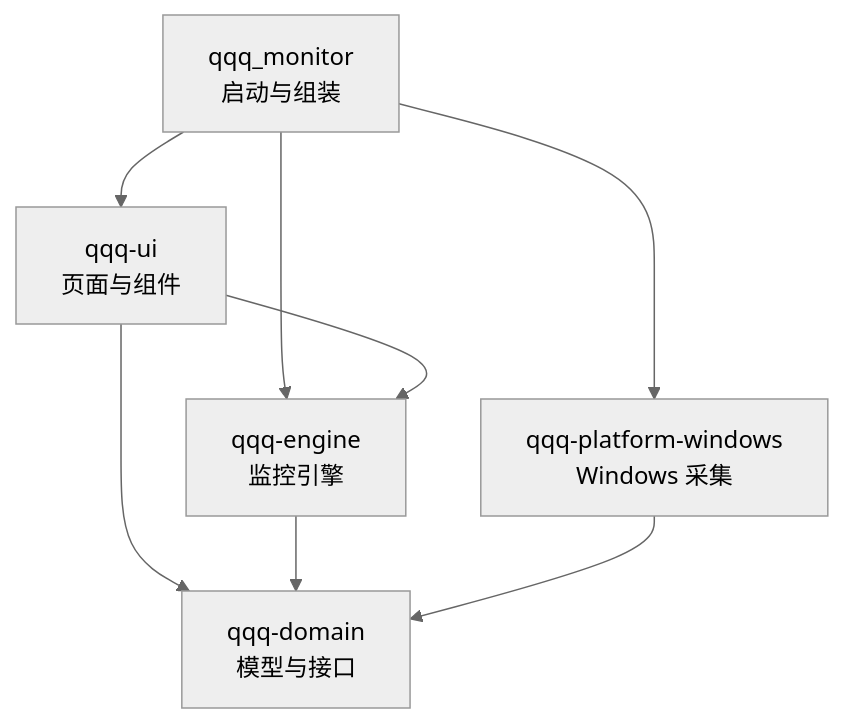
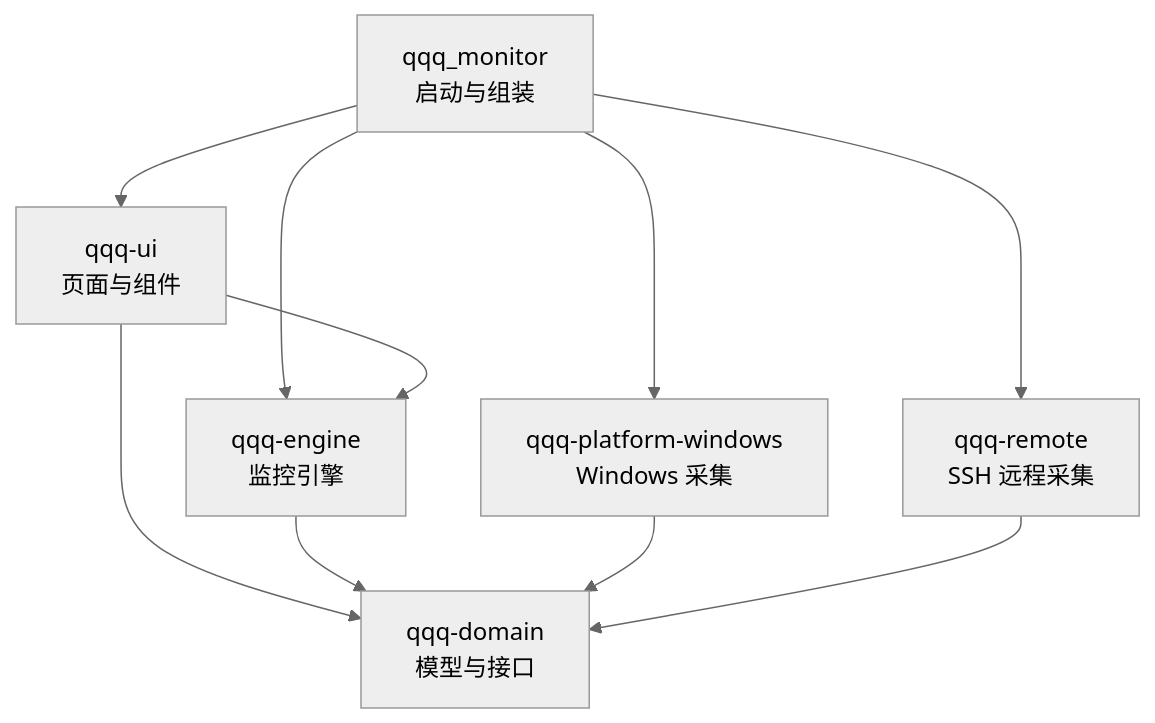
The first of 2 diagrams in README.zh-CN.md (lengyc-Code/qqq_monitor), drawn with Mermaid (neutral theme) before and after one commit. The commit also changed other lines of this file and 43 other files, not shown here.

````diff
--- a/README.zh-CN.md
+++ b/README.zh-CN.md
@@ -165,10 +178,12 @@
 ```mermaid
 flowchart TD
     BOOT[qqq_monitor<br>启动与组装] --> UI[qqq-ui<br>页面与组件]
     BOOT --> ENGINE[qqq-engine<br>监控引擎]
     BOOT --> WIN[qqq-platform-windows<br>Windows 采集]
+    BOOT --> REMOTE[qqq-remote<br>SSH 远程采集]
     UI --> ENGINE
     UI --> DOMAIN[qqq-domain<br>模型与接口]
     ENGINE --> DOMAIN
     WIN --> DOMAIN
+    REMOTE --> DOMAIN
 ```
````
